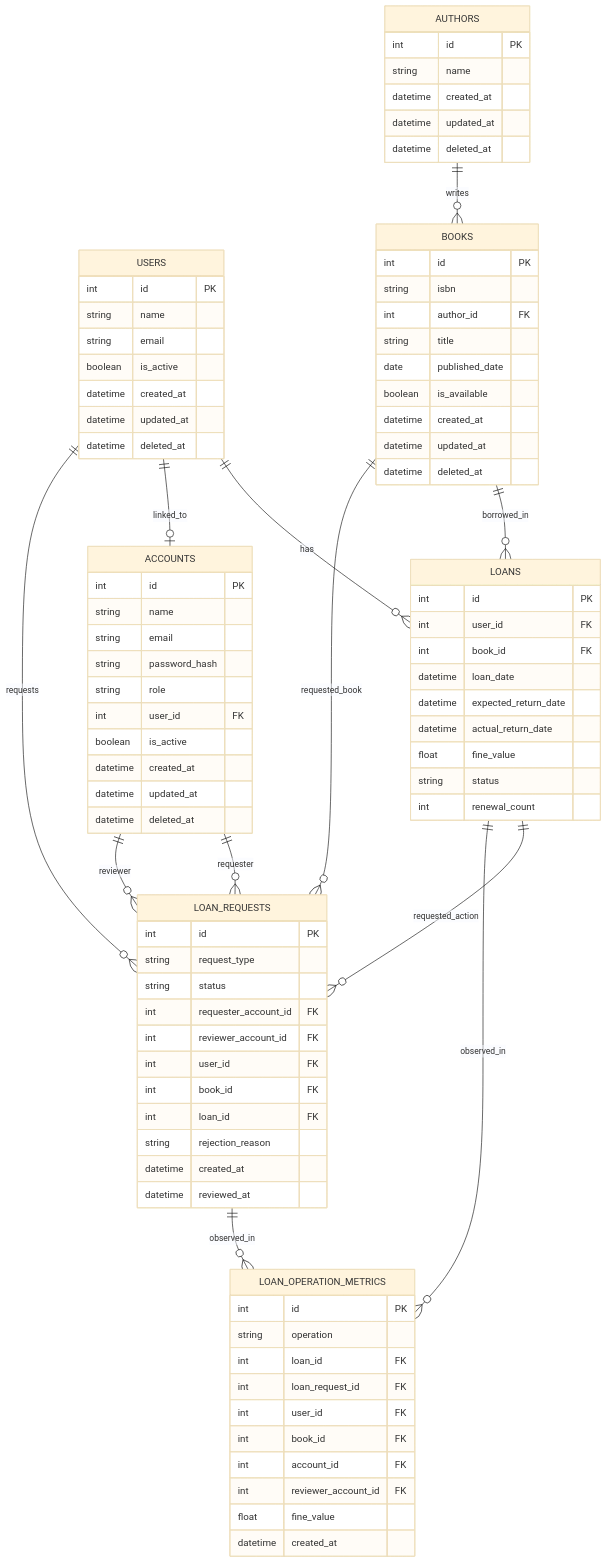
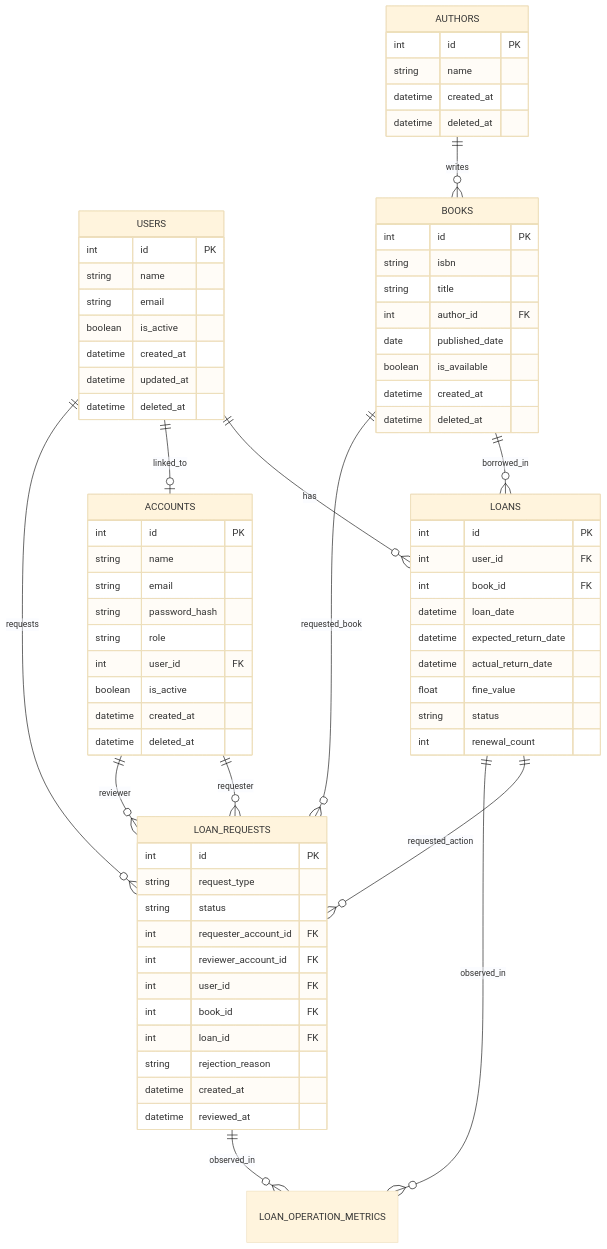
One commit to mavismmg/tech-case-btg-pactual changed the third of 4 diagrams in README.md. Above: the diagram before and after it, drawn with Mermaid (base theme). The commit also changed other lines of this file and 1 other file, not shown here.

````diff
--- a/README.md
+++ b/README.md
@@ -219,7 +317,6 @@
         int user_id FK
         boolean is_active
         datetime created_at
-        datetime updated_at
         datetime deleted_at
     }
 
@@ -227,19 +324,17 @@
         int id PK
         string name
         datetime created_at
-        datetime updated_at
         datetime deleted_at
     }
 
     BOOKS {
         int id PK
         string isbn
+        string title
         int author_id FK
-        string title
         date published_date
         boolean is_available
         datetime created_at
-        datetime updated_at
         datetime deleted_at
     }
 
@@ -268,17 +363,4 @@
         datetime created_at
         datetime reviewed_at
     }
-
-    LOAN_OPERATION_METRICS {
-        int id PK
-        string operation
-        int loan_id FK
-        int loan_request_id FK
-        int user_id FK
-        int book_id FK
-        int account_id FK
-        int reviewer_account_id FK
-        float fine_value
-        datetime created_at
-    }
 ```
````
